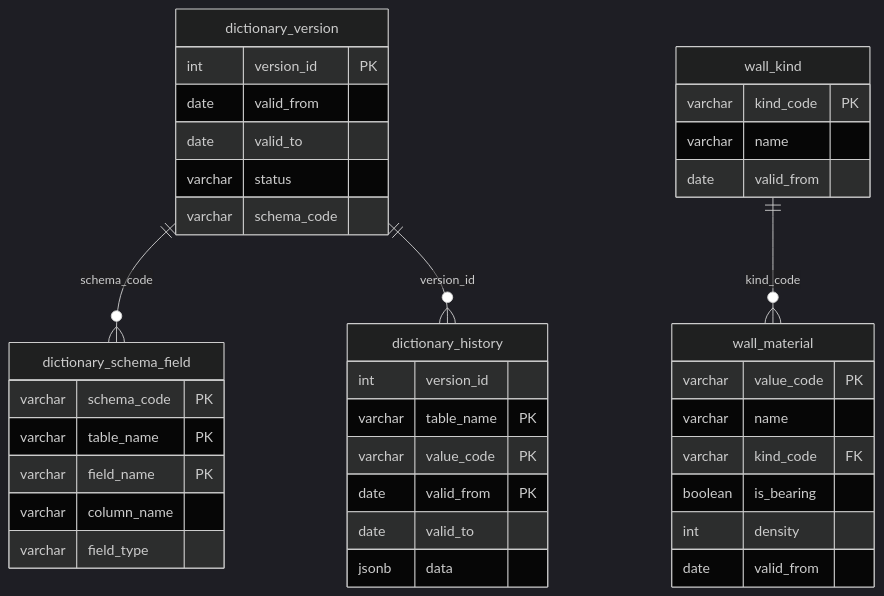
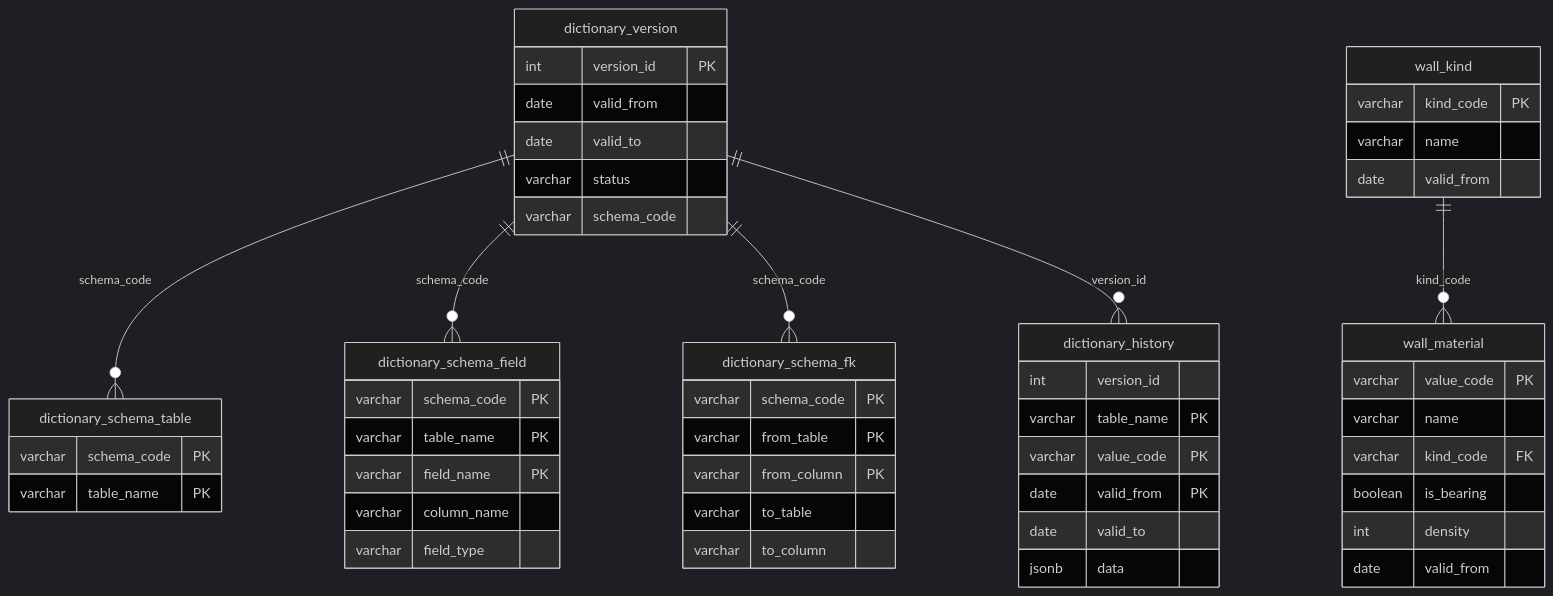
The diagram in docs/3. brainstorm/step_4.md (StrannikE95/reference_data), drawn with Mermaid (dark theme) before and after one commit. The commit also changed other lines of this file and 1 other file, not shown here.

````diff
--- a/docs/3. brainstorm/step_4.md
+++ b/docs/3. brainstorm/step_4.md
@@ -11,46 +34,61 @@
 ```mermaid
 erDiagram
+    dictionary_version ||--o{ dictionary_schema_table : "schema_code"
     dictionary_version ||--o{ dictionary_schema_field : "schema_code"
+    dictionary_version ||--o{ dictionary_schema_fk : "schema_code"
     dictionary_version ||--o{ dictionary_history : "version_id"
     wall_kind ||--o{ wall_material : "kind_code"
 
     dictionary_version {
         int version_id PK
         date valid_from
         date valid_to
         varchar status
         varchar schema_code
     }
 
+    dictionary_schema_table {
+        varchar schema_code PK
+        varchar table_name PK
+    }
+
     dictionary_schema_field {
         varchar schema_code PK
         varchar table_name PK
         varchar field_name PK
         varchar column_name
         varchar field_type
+    }
+
+    dictionary_schema_fk {
+        varchar schema_code PK
+        varchar from_table PK
+        varchar from_column PK
+        varchar to_table
+        varchar to_column
     }
 
     dictionary_history {
         int version_id
         varchar table_name PK
         varchar value_code PK
         date valid_from PK
         date valid_to
         jsonb data
     }
 
     wall_kind {
         varchar kind_code PK
         varchar name
         date valid_from
     }
 
     wall_material {
         varchar value_code PK
         varchar name
         varchar kind_code FK
         boolean is_bearing
         int density
         date valid_from
     }
 ```
````
